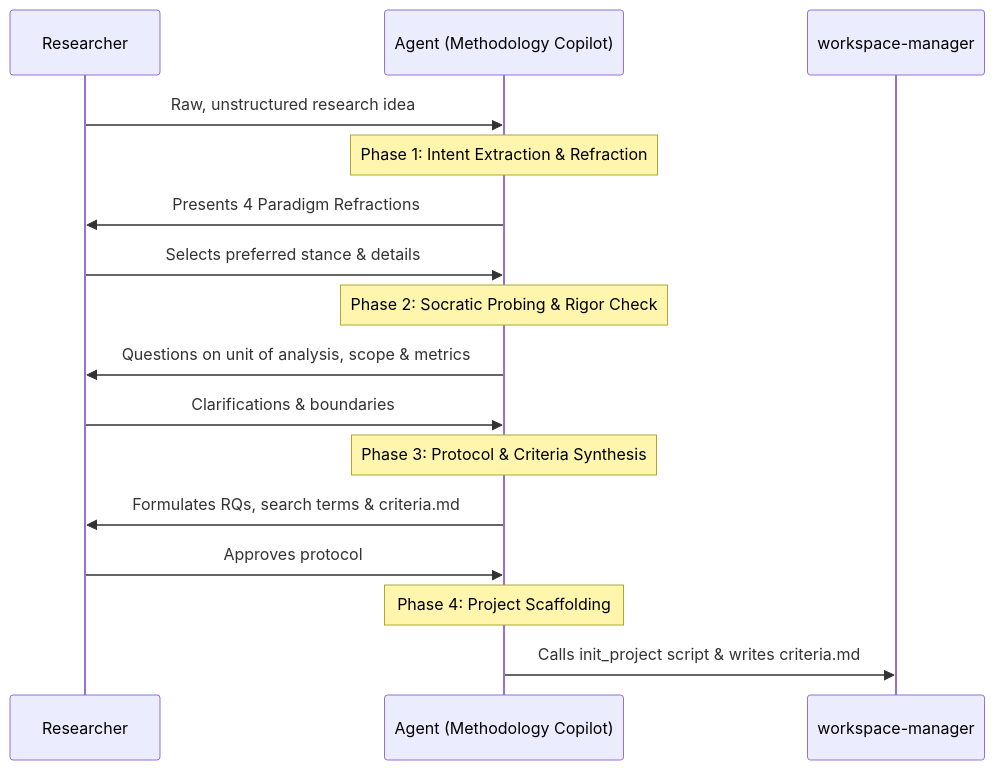
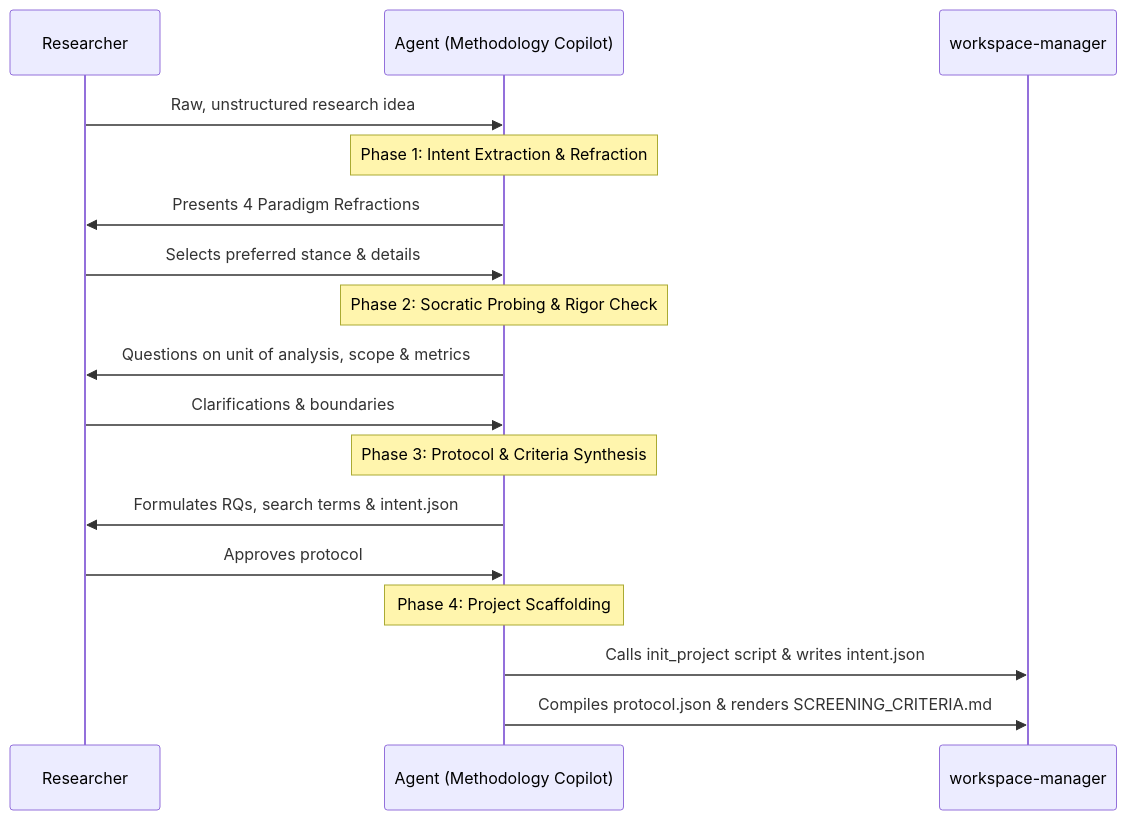
The diagram in .agents/plugins/nexus-scholar/skills/methodology-copilot/references/socratic_interview_framework.md (nexus-scholar-org/nexus-scholar-harness), drawn with Mermaid before and after one commit. The commit also changed other lines of this file and 21 other files, not shown here.

````diff
--- a/.agents/plugins/nexus-scholar/skills/methodology-copilot/references/socratic_interview_framework.md
+++ b/.agents/plugins/nexus-scholar/skills/methodology-copilot/references/socratic_interview_framework.md
@@ -9,19 +9,20 @@
 ```mermaid
 sequenceDiagram
     participant R as Researcher
     participant A as Agent (Methodology Copilot)
     participant W as workspace-manager
 
     R->>A: Raw, unstructured research idea
     Note over A: Phase 1: Intent Extraction & Refraction
     A->>R: Presents 4 Paradigm Refractions
     R->>A: Selects preferred stance & details
     Note over A: Phase 2: Socratic Probing & Rigor Check
     A->>R: Questions on unit of analysis, scope & metrics
     R->>A: Clarifications & boundaries
     Note over A: Phase 3: Protocol & Criteria Synthesis
-    A->>R: Formulates RQs, search terms & criteria.md
+    A->>R: Formulates RQs, search terms & intent.json
     R->>A: Approves protocol
     Note over A: Phase 4: Project Scaffolding
-    A->>W: Calls init_project script & writes criteria.md
+    A->>W: Calls init_project script & writes intent.json
+    A->>W: Compiles protocol.json & renders SCREENING_CRITERIA.md
 ```
````
